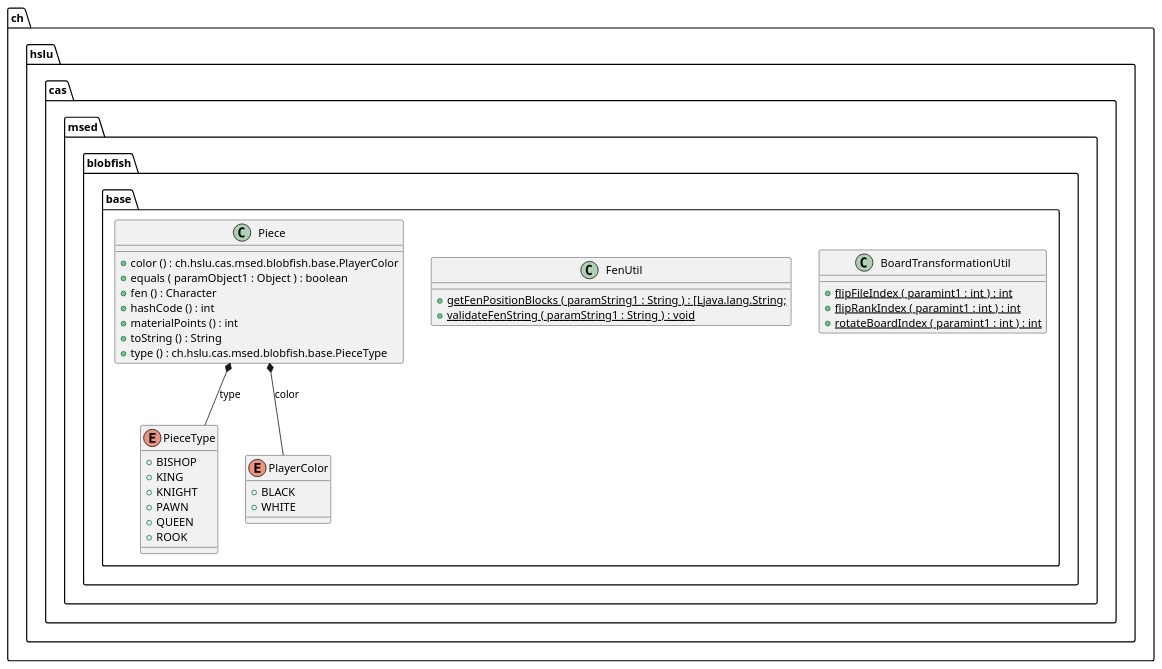
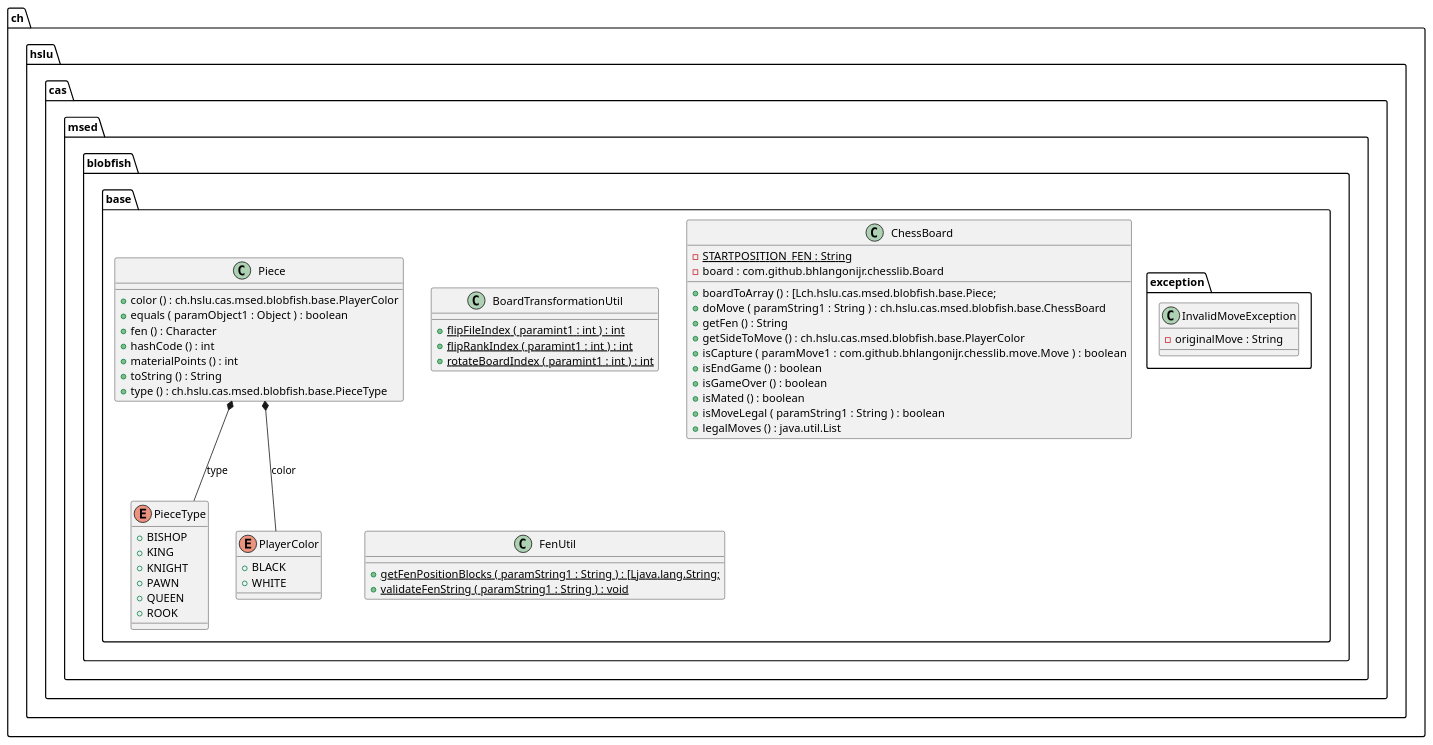
The diagram in docs/generated-diagrams/base.puml (l2c0r3/blobfish), drawn with PlantUML before and after one commit. The commit also changed 14 other files, not shown here.

Commit message:
update generated UML diagrams

```diff
--- a/docs/generated-diagrams/base.puml
+++ b/docs/generated-diagrams/base.puml
@@ -1,49 +1,70 @@
 @startuml
 
 class ch.hslu.cas.msed.blobfish.base.BoardTransformationUtil {
 	{method}  {static} +flipFileIndex ( paramint1 : int ) : int
 	{method}  {static} +flipRankIndex ( paramint1 : int ) : int
 	{method}  {static} +rotateBoardIndex ( paramint1 : int ) : int
+}
+
+
+class ch.hslu.cas.msed.blobfish.base.ChessBoard {
+	{field} {static} -STARTPOSITION_FEN : String
+	{field} -board : com.github.bhlangonijr.chesslib.Board
+	{method} +boardToArray () : [Lch.hslu.cas.msed.blobfish.base.Piece;
+	{method} +doMove ( paramString1 : String ) : ch.hslu.cas.msed.blobfish.base.ChessBoard
+	{method} +getFen () : String
+	{method} +getSideToMove () : ch.hslu.cas.msed.blobfish.base.PlayerColor
+	{method} +isCapture ( paramMove1 : com.github.bhlangonijr.chesslib.move.Move ) : boolean
+	{method} +isEndGame () : boolean
+	{method} +isGameOver () : boolean
+	{method} +isMated () : boolean
+	{method} +isMoveLegal ( paramString1 : String ) : boolean
+	{method} +legalMoves () : java.util.List
 }
 
 
 class ch.hslu.cas.msed.blobfish.base.FenUtil {
 	{method}  {static} +getFenPositionBlocks ( paramString1 : String ) : [Ljava.lang.String;
 	{method}  {static} +validateFenString ( paramString1 : String ) : void
 }
 
 
 class ch.hslu.cas.msed.blobfish.base.Piece {
 	{method} +color () : ch.hslu.cas.msed.blobfish.base.PlayerColor
 	{method} +equals ( paramObject1 : Object ) : boolean
 	{method} +fen () : Character
 	{method} +hashCode () : int
 	{method} +materialPoints () : int
 	{method} +toString () : String
 	{method} +type () : ch.hslu.cas.msed.blobfish.base.PieceType
 }
 
 
 enum ch.hslu.cas.msed.blobfish.base.PieceType {
 	{field} +BISHOP
 	{field} +KING
 	{field} +KNIGHT
 	{field} +PAWN
 	{field} +QUEEN
 	{field} +ROOK
 }
 
 
 enum ch.hslu.cas.msed.blobfish.base.PlayerColor {
 	{field} +BLACK
 	{field} +WHITE
 }
 
 
+class ch.hslu.cas.msed.blobfish.base.exception.InvalidMoveException {
+	{field} -originalMove : String
+}
+
+
 
 
 ch.hslu.cas.msed.blobfish.base.Piece *--  ch.hslu.cas.msed.blobfish.base.PieceType : type
 ch.hslu.cas.msed.blobfish.base.Piece *--  ch.hslu.cas.msed.blobfish.base.PlayerColor : color
 
 
 @enduml
```
